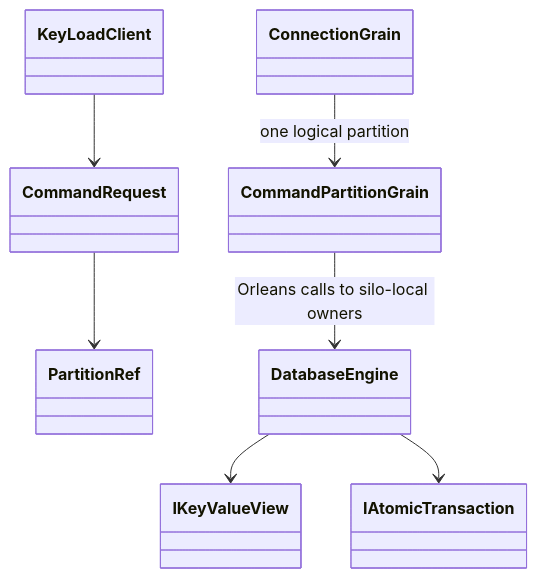
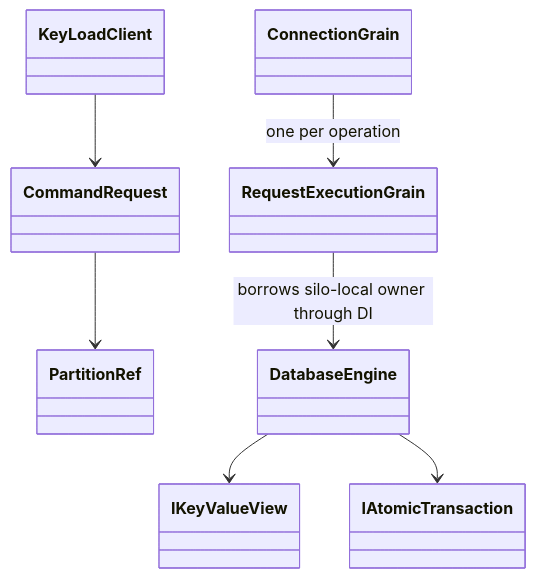
Before and after one commit to managedcode/KeyLoad: the sixth of 30 diagrams in docs/Architecture.md, drawn with Mermaid. The commit also changed other lines of this file and 37 other files, not shown here.

First line of the commit message:
Run independent request grains beside physical storage owners

````diff
--- a/docs/Architecture.md
+++ b/docs/Architecture.md
@@ -303,17 +303,17 @@
 ```mermaid
 classDiagram
     class KeyLoadClient
     class CommandRequest
     class PartitionRef
     class ConnectionGrain
-    class CommandPartitionGrain
+    class RequestExecutionGrain
     class DatabaseEngine
     class IKeyValueView
     class IAtomicTransaction
     KeyLoadClient --> CommandRequest
     CommandRequest --> PartitionRef
-    ConnectionGrain --> CommandPartitionGrain : one logical partition
-    CommandPartitionGrain --> DatabaseEngine : Orleans calls to silo-local owners
+    ConnectionGrain --> RequestExecutionGrain : one per operation
+    RequestExecutionGrain --> DatabaseEngine : borrows silo-local owner through DI
     DatabaseEngine --> IKeyValueView
     DatabaseEngine --> IAtomicTransaction
 ```
````
